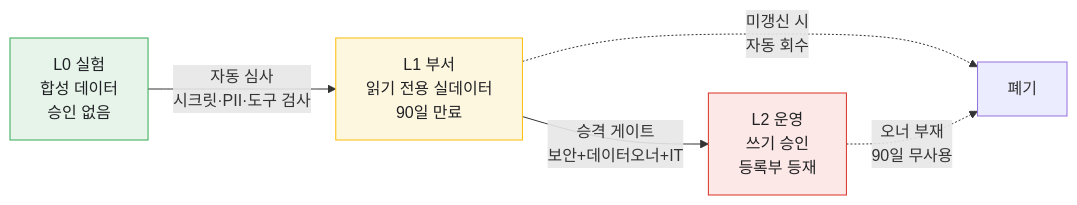
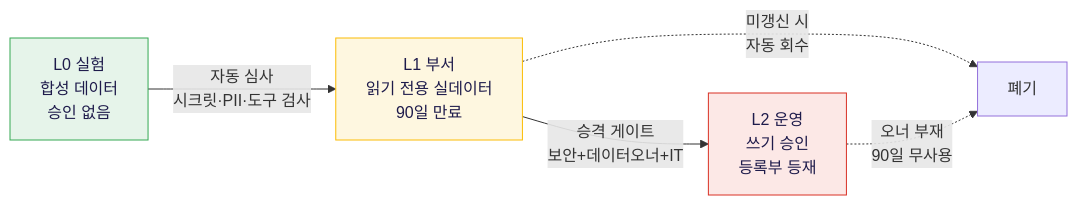
One commit to cyrano2011/pma-web changed the diagram in agent-platform/deck/diagrams/s_lanes.mmd. Above: the diagram before and after it, drawn with Mermaid. The commit also changed 12 other files, not shown here.

```diff
--- a/agent-platform/deck/diagrams/s_lanes.mmd
+++ b/agent-platform/deck/diagrams/s_lanes.mmd
@@ -1,10 +1,10 @@
 flowchart LR
     L0["L0 실험<br/>합성 데이터<br/>승인 없음"]
     L0 -->|"자동 심사<br/>시크릿·PII·도구 검사"| L1["L1 부서<br/>읽기 전용 실데이터<br/>90일 만료"]
     L1 -->|"승격 게이트<br/>보안+데이터오너+IT"| L2["L2 운영<br/>쓰기 승인<br/>등록부 등재"]
     L1 -.->|"미갱신 시<br/>자동 회수"| X["폐기"]
     L2 -.->|"오너 부재<br/>90일 무사용"| X
 
-    style L0 fill:#e6f4ea,stroke:#34a853,color:#202124
-    style L1 fill:#fef7e0,stroke:#fbbc04,color:#202124
-    style L2 fill:#fce8e6,stroke:#d93025,color:#202124
+    style L0 fill:#e6f4ea,stroke:#34a853,color:#1E1B4B
+    style L1 fill:#fef7e0,stroke:#fbbc04,color:#1E1B4B
+    style L2 fill:#fce8e6,stroke:#d93025,color:#1E1B4B
```
